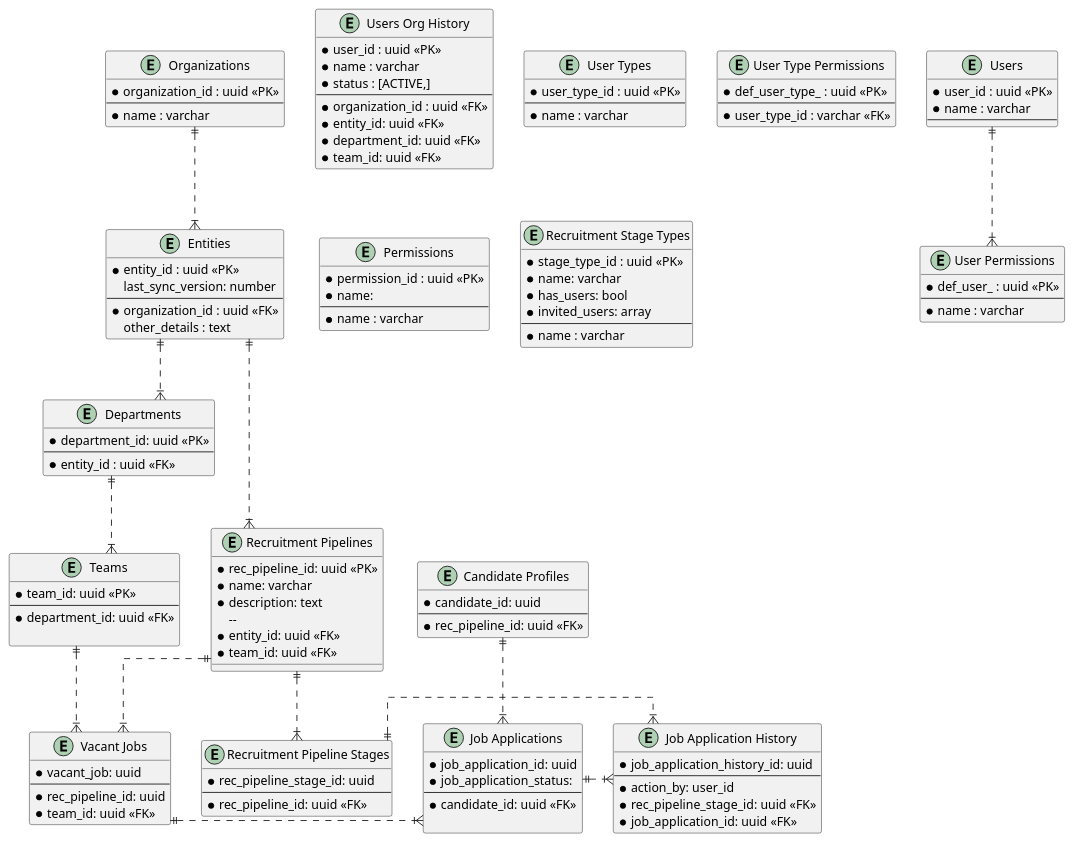
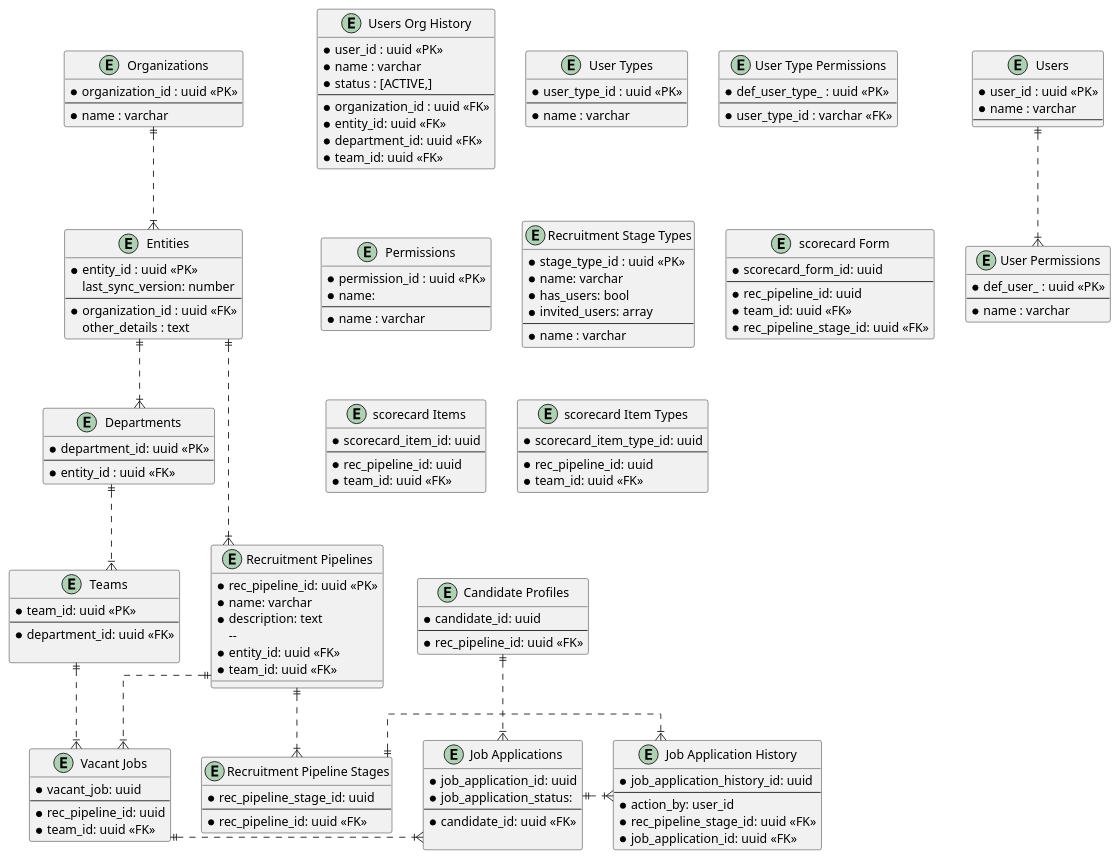
Before and after one commit to kal-coding/ats-athena: the diagram in docs/ERD.puml, drawn with PlantUML.

Commit message:
docs : add scorecard to ERD

```diff
--- a/docs/ERD.puml
+++ b/docs/ERD.puml
@@ -1,156 +1,178 @@
 @startuml
 
 ' hide the spot
 ' hide circle
 ' avoid problems with angled crows feet
 skinparam linetype ortho
 
 entity "Users" as _users {
   *user_id : uuid <<PK>>
   *name : varchar
   --
 }
 
 entity "Users Org History" as _user_org_history {
   *user_id : uuid <<PK>>
   *name : varchar
   *status : [ACTIVE,]
   --
   *organization_id : uuid <<FK>>
   *entity_id: uuid <<FK>>
   *department_id: uuid <<FK>>
   *team_id: uuid <<FK>>
 }
 
 entity "User Types" as _user_types {
   *user_type_id : uuid <<PK>>
   --
   *name : varchar
 }
 
 entity "User Type Permissions" as _user_type_permissions {
   *def_user_type_ : uuid <<PK>>
   --
   *user_type_id : varchar <<FK>>
 }
 
 entity "User Permissions" as _user_permissions {
   *def_user_ : uuid <<PK>>
   --
   *name : varchar
 }
 
 entity "Permissions" as _permissions {
   *permission_id : uuid <<PK>>
   *name:
   --
   *name : varchar
 }
 
 entity "Organizations" as _organizations {
   *organization_id : uuid <<PK>>
   --
   *name : varchar
 }
 
 entity "Entities" as _entities {
   *entity_id : uuid <<PK>>
   last_sync_version: number
   --
   *organization_id : uuid <<FK>>
   other_details : text
 }
 
 entity "Departments" as _departments {
   *department_id: uuid <<PK>>
   --
   *entity_id : uuid <<FK>>
 }
 
 entity "Teams" as _teams {
     *team_id: uuid <<PK>>
   --
   *department_id: uuid <<FK>>
 
 }
 
 entity "Recruitment Pipelines" as _rec_pipelines {
   *rec_pipeline_id: uuid <<PK>>
   *name: varchar
   *description: text
     --
   *entity_id: uuid <<FK>>
   *team_id: uuid <<FK>>
 
 }
 
 entity "Recruitment Pipeline Stages" as _rec_pipeline_stages {
   *rec_pipeline_stage_id: uuid
   --
   *rec_pipeline_id: uuid <<FK>>
 }
 
 entity "Recruitment Stage Types" as _stage_types {
   *stage_type_id : uuid <<PK>>
   *name: varchar
   *has_users: bool
   *invited_users: array
   --
   *name : varchar
 }
 
 entity "Vacant Jobs" as _vacant_jobs {
   *vacant_job: uuid
   --
   *rec_pipeline_id: uuid
   *team_id: uuid <<FK>>
 }
 
 entity "Job Applications" as _job_applications{
   *job_application_id: uuid
   *job_application_status: 
 --
   *candidate_id: uuid <<FK>>
 
 }
 
 entity "Job Application History" as _job_application_history{
   *job_application_history_id: uuid
 --
   *action_by: user_id
   *rec_pipeline_stage_id: uuid <<FK>>
   *job_application_id: uuid <<FK>>
 }
 
 entity "Candidate Profiles" as _candidate_profiles {
     *candidate_id: uuid
   --
     *rec_pipeline_id: uuid <<FK>>
 }
 
+entity "scorecard Form" as _scorecard_structure {
+  *scorecard_form_id: uuid
+  --
+  *rec_pipeline_id: uuid
+  *team_id: uuid <<FK>>
+  *rec_pipeline_stage_id: uuid <<FK>>
+}
+
+entity "scorecard Items" as _scorecard_items {
+  *scorecard_item_id: uuid
+  --
+  *rec_pipeline_id: uuid
+  *team_id: uuid <<FK>>
+}
+
+entity "scorecard Item Types" as _scorecard_item_types {
+  *scorecard_item_type_id: uuid
+  --
+  *rec_pipeline_id: uuid
+  *team_id: uuid <<FK>>
+}
+
 
 _organizations ||..|{ _entities
 
 _entities ||..|{ _rec_pipelines
 _entities ||..|{ _departments
 
 _departments ||..|{ _teams
 
 _teams ||..|{ _vacant_jobs
 
 _rec_pipelines ||..|{ _vacant_jobs
 _rec_pipelines ||..|{ _rec_pipeline_stages
 
 _vacant_jobs ||.|{ _job_applications
 
 _job_applications ||.|{ _job_application_history
 _rec_pipeline_stages ||.|{ _job_application_history
 
 
 _candidate_profiles ||..|{ _job_applications
 
 ' User Permissions
 _users ||..|{ _user_permissions
 
 
 @enduml
```
